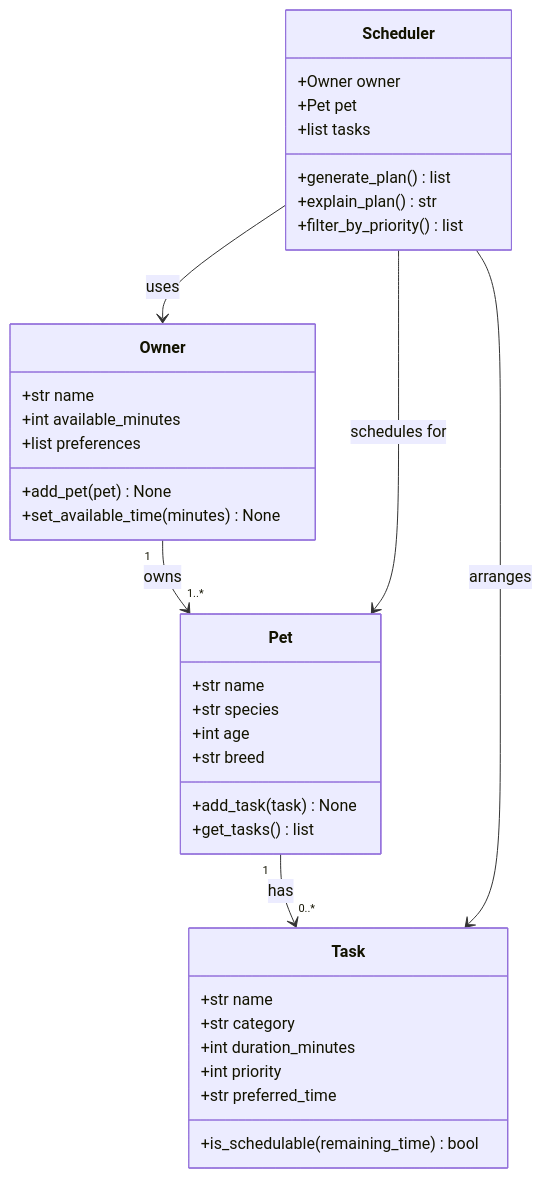
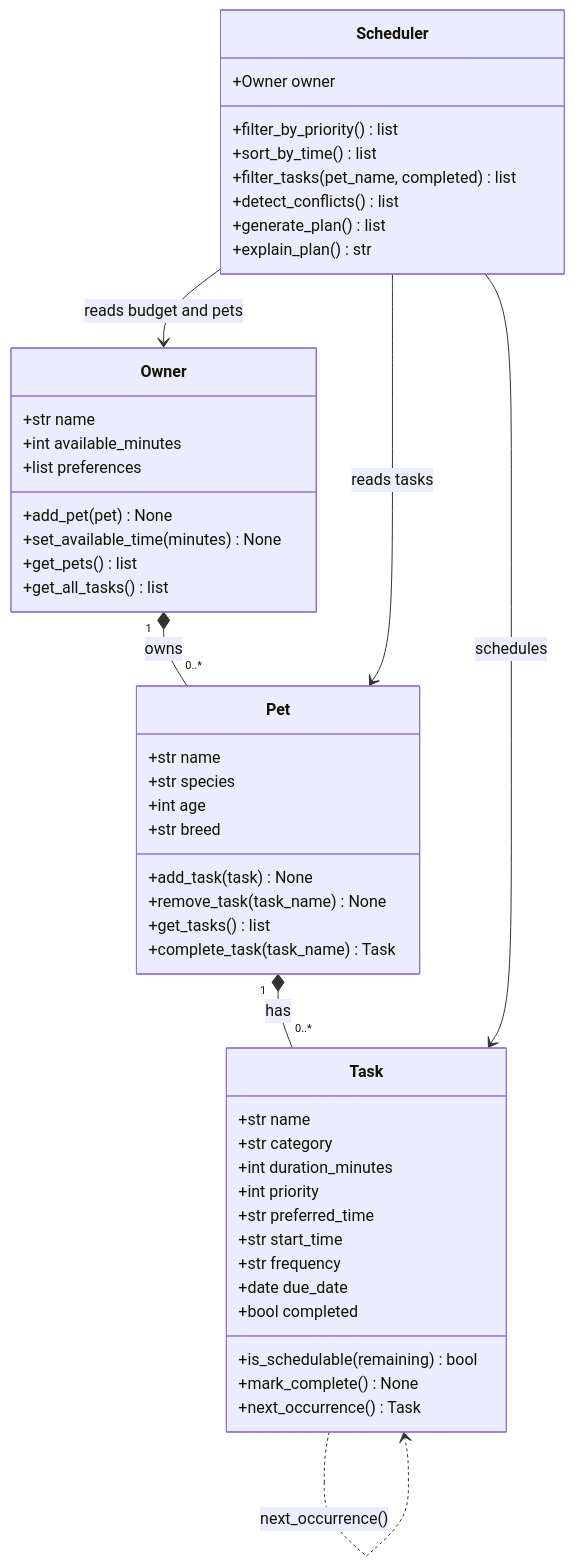
The diagram in reflection.md (BettinoCodes/ai110-module2show-pawpal), drawn with Mermaid before and after one commit. The commit also changed other lines of this file and 2 other files, not shown here.

First line of the commit message:
feat: finalize UI, UML, and project documentation for Phase 5

````diff
--- a/reflection.md
+++ b/reflection.md
@@ -24,39 +24,51 @@
 ```mermaid
 classDiagram
     class Owner {
         +str name
         +int available_minutes
         +list preferences
         +add_pet(pet) None
         +set_available_time(minutes) None
+        +get_pets() list
+        +get_all_tasks() list
     }
     class Pet {
         +str name
         +str species
         +int age
         +str breed
         +add_task(task) None
+        +remove_task(task_name) None
         +get_tasks() list
+        +complete_task(task_name) Task
     }
     class Task {
         +str name
         +str category
         +int duration_minutes
         +int priority
         +str preferred_time
-        +is_schedulable(remaining_time) bool
+        +str start_time
+        +str frequency
+        +date due_date
+        +bool completed
+        +is_schedulable(remaining) bool
+        +mark_complete() None
+        +next_occurrence() Task
     }
     class Scheduler {
         +Owner owner
-        +Pet pet
-        +list tasks
+        +filter_by_priority() list
+        +sort_by_time() list
+        +filter_tasks(pet_name, completed) list
+        +detect_conflicts() list
         +generate_plan() list
         +explain_plan() str
-        +filter_by_priority() list
     }
-    Owner "1" --> "1..*" Pet : owns
-    Pet "1" --> "0..*" Task : has
-    Scheduler --> Owner : uses
-    Scheduler --> Pet : schedules for
-    Scheduler --> Task : arranges
+    Owner "1" *-- "0..*" Pet : owns
+    Pet "1" *-- "0..*" Task : has
+    Task ..> Task : next_occurrence()
+    Scheduler --> Owner : reads budget and pets
+    Scheduler --> Pet : reads tasks
+    Scheduler --> Task : schedules
 ```
````
